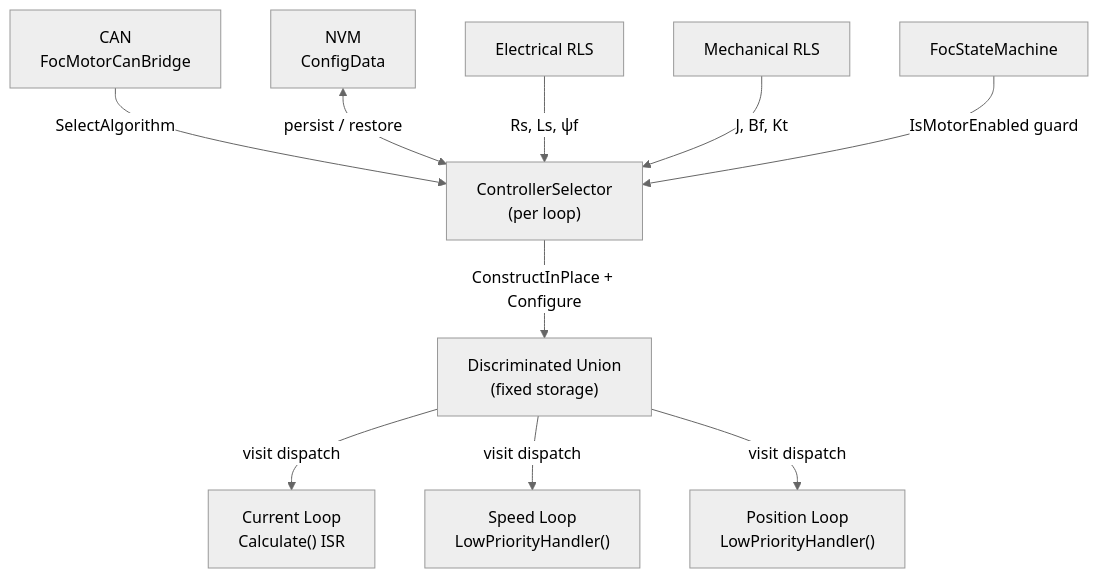
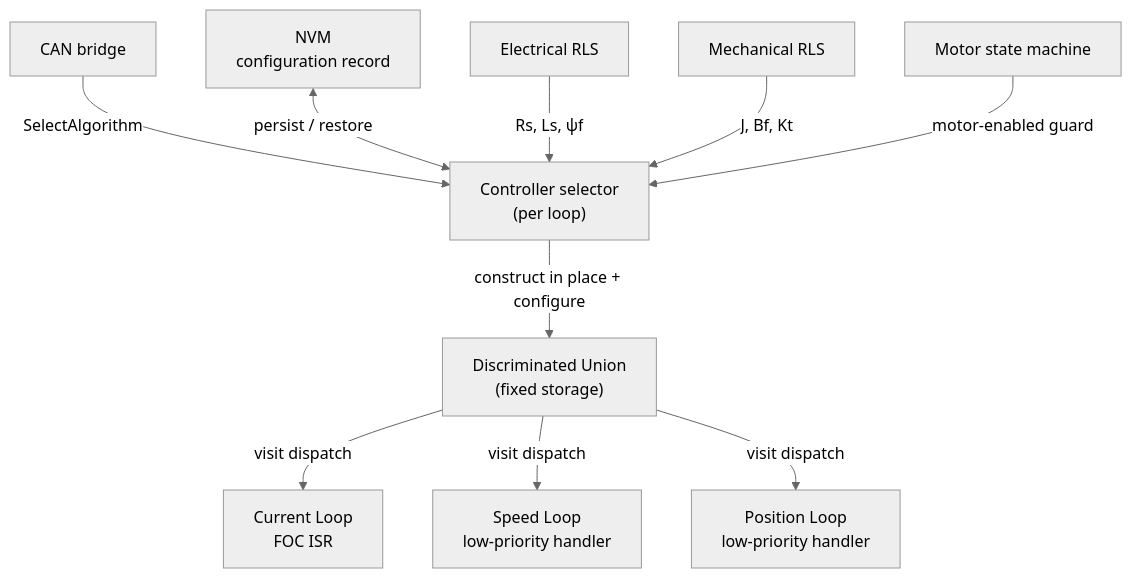
The ninth of 9 diagrams in documentation/design/controller-selection.md (embedded-pro/e-foc), drawn with Mermaid (neutral theme) before and after one commit. The commit also changed other lines of this file and 37 other files, not shown here.

````diff
--- a/documentation/design/controller-selection.md
+++ b/documentation/design/controller-selection.md
@@ -630,12 +633,12 @@
 ```mermaid
 graph TD
-    CAN["CAN\nFocMotorCanBridge"] -->|SelectAlgorithm| SEL["ControllerSelector\n(per loop)"]
-    NVM["NVM\nConfigData"] <-->|persist / restore| SEL
+    CAN["CAN bridge"] -->|SelectAlgorithm| SEL["Controller selector\n(per loop)"]
+    NVM["NVM\nconfiguration record"] <-->|persist / restore| SEL
     ELEC["Electrical RLS"] -->|Rs, Ls, ψf| SEL
     MECH["Mechanical RLS"] -->|J, Bf, Kt| SEL
-    SEL -->|ConstructInPlace + Configure| UNION["Discriminated Union\n(fixed storage)"]
-    UNION -->|visit dispatch| TORQUE["Current Loop\nCalculate() ISR"]
-    UNION -->|visit dispatch| SPEED["Speed Loop\nLowPriorityHandler()"]
-    UNION -->|visit dispatch| POSITION["Position Loop\nLowPriorityHandler()"]
-    SM["FocStateMachine"] -->|IsMotorEnabled guard| SEL
+    SEL -->|"construct in place + configure"| UNION["Discriminated Union\n(fixed storage)"]
+    UNION -->|visit dispatch| TORQUE["Current Loop\nFOC ISR"]
+    UNION -->|visit dispatch| SPEED["Speed Loop\nlow-priority handler"]
+    UNION -->|visit dispatch| POSITION["Position Loop\nlow-priority handler"]
+    SM["Motor state machine"] -->|motor-enabled guard| SEL
 ```
````
